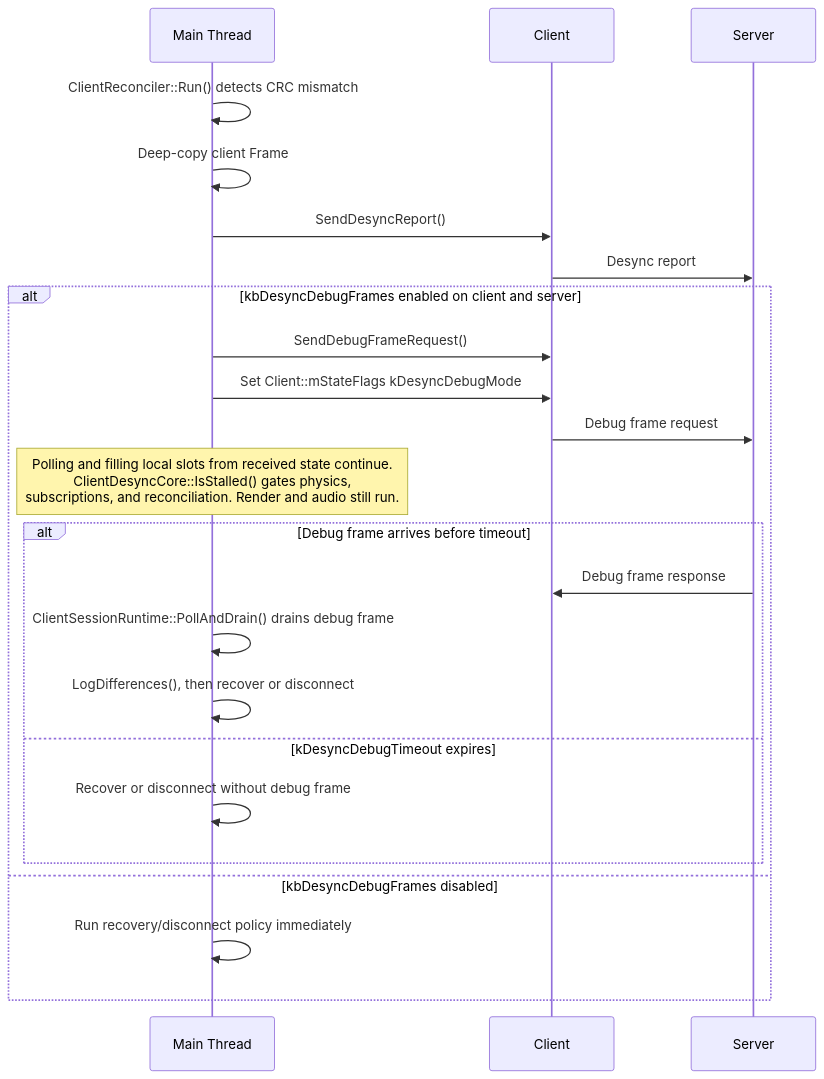
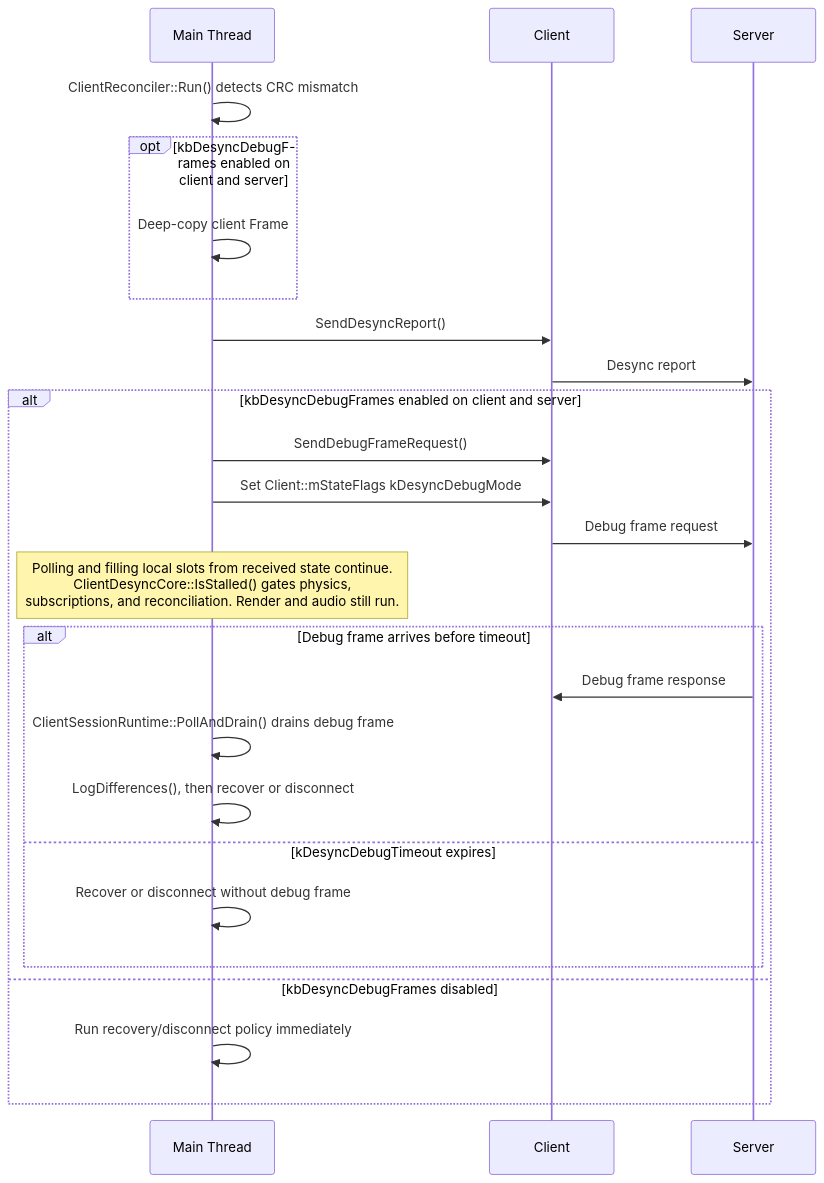
Before and after one commit to DougTanner/BrokenEngine: the fourth of 5 diagrams in Documents/Architecture/GameReconciliation.md, drawn with Mermaid. The commit also changed 81 other files, not shown here.

````diff
--- a/Documents/Architecture/GameReconciliation.md
+++ b/Documents/Architecture/GameReconciliation.md
@@ -133,28 +133,30 @@
 ```mermaid
 %%{init: {'theme': 'default'}}%%
 sequenceDiagram
     participant Main as Main Thread
     participant Net as Client
     participant Server
 
     Main->>Main: ClientReconciler::Run() detects CRC mismatch
-    Main->>Main: Deep-copy client Frame
+    opt kbDesyncDebugFrames enabled on client and server
+        Main->>Main: Deep-copy client Frame
+    end
     Main->>Net: SendDesyncReport()
     Net->>Server: Desync report
 
     alt kbDesyncDebugFrames enabled on client and server
         Main->>Net: SendDebugFrameRequest()
         Main->>Net: Set Client::mStateFlags kDesyncDebugMode
         Net->>Server: Debug frame request
         Note over Main: Polling and filling local slots from received state continue.<br/>ClientDesyncCore::IsStalled() gates physics,<br/>subscriptions, and reconciliation. Render and audio still run.
         alt Debug frame arrives before timeout
             Server->>Net: Debug frame response
             Main->>Main: ClientSessionRuntime::PollAndDrain() drains debug frame
             Main->>Main: LogDifferences(), then recover or disconnect
         else kDesyncDebugTimeout expires
             Main->>Main: Recover or disconnect without debug frame
         end
     else kbDesyncDebugFrames disabled
         Main->>Main: Run recovery/disconnect policy immediately
     end
 ```
````
